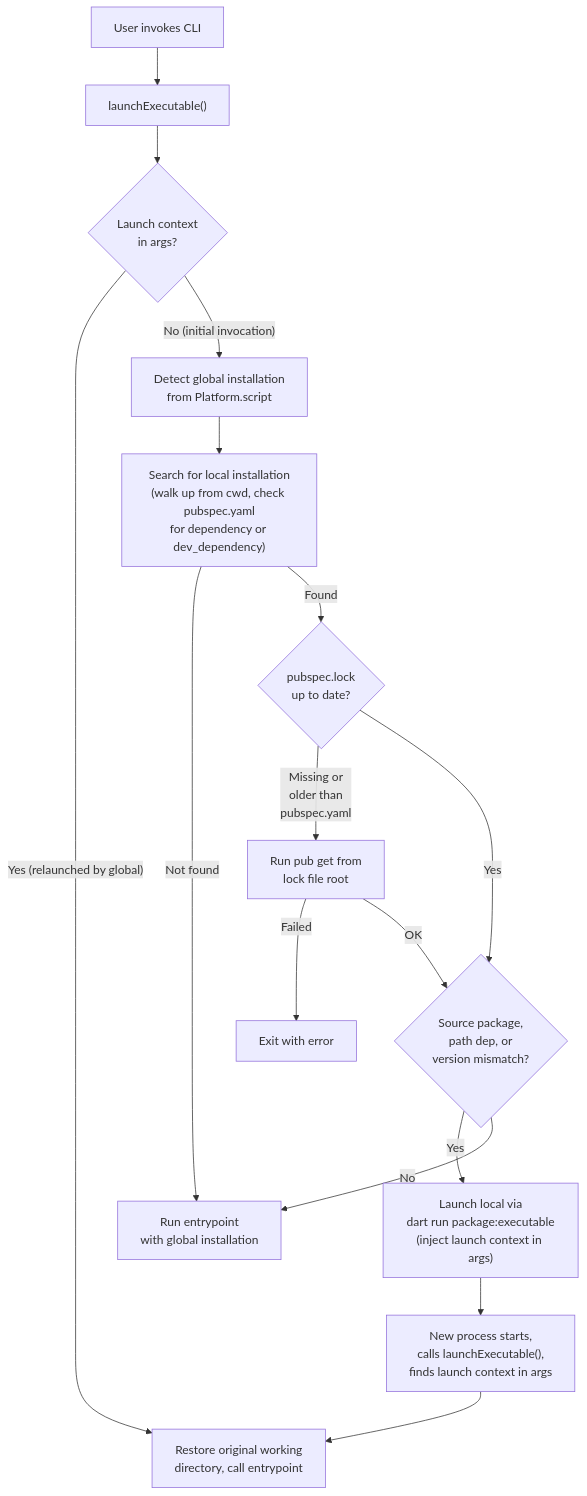
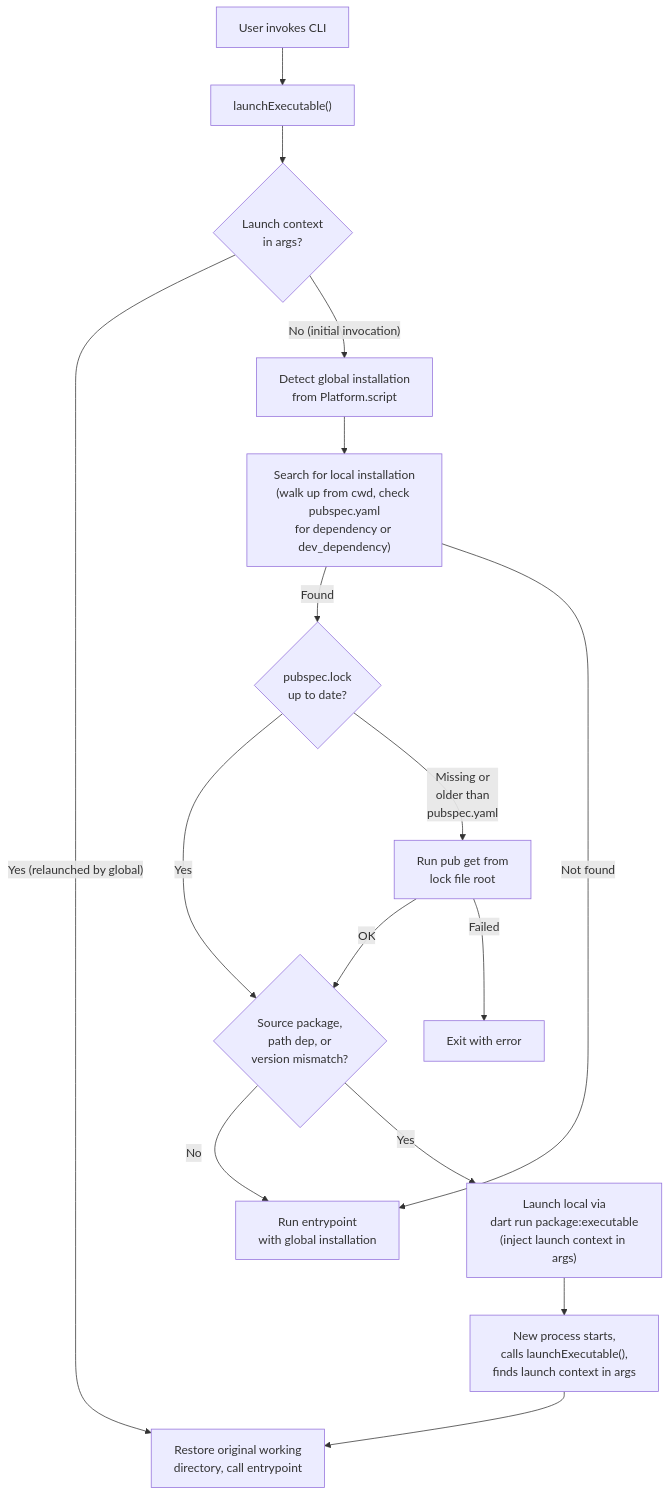
One commit to blaugold/cli_launcher changed the diagram in README.md. Above: the diagram before and after it, drawn with Mermaid.

Commit message:
docs: reorder flowchart edges to prevent crossings

````diff
--- a/README.md
+++ b/README.md
@@ -26,25 +26,25 @@
 ```mermaid
 flowchart TD
     A["User invokes CLI"] --> B["launchExecutable()"]
     B --> C{"Launch context\nin args?"}
 
     C -- "Yes (relaunched by global)" --> D["Restore original working\ndirectory, call entrypoint"]
     C -- "No (initial invocation)" --> E["Detect global installation\nfrom Platform.script"]
 
     E --> F["Search for local installation\n(walk up from cwd, check pubspec.yaml\nfor dependency or dev_dependency)"]
 
-    F -- "Not found" --> GLOBAL["Run entrypoint\nwith global installation"]
     F -- "Found" --> G{"pubspec.lock\nup to date?"}
+    F -- "Not found" --> GLOBAL
 
+    G -- "Yes" --> I
     G -- "Missing or\nolder than\npubspec.yaml" --> H["Run pub get from\nlock file root"]
-    G -- "Yes" --> I
 
+    H -- "OK" --> I{"Source package,\npath dep, or\nversion mismatch?"}
     H -- "Failed" --> EXIT["Exit with error"]
-    H -- "OK" --> I{"Source package,\npath dep, or\nversion mismatch?"}
 
+    I -- "No" --> GLOBAL["Run entrypoint\nwith global installation"]
     I -- "Yes" --> J["Launch local via\ndart run package:executable\n(inject launch context in args)"]
-    I -- "No" --> GLOBAL
 
     J --> K["New process starts,\ncalls launchExecutable(),\nfinds launch context in args"]
     K --> D
 ```
````
